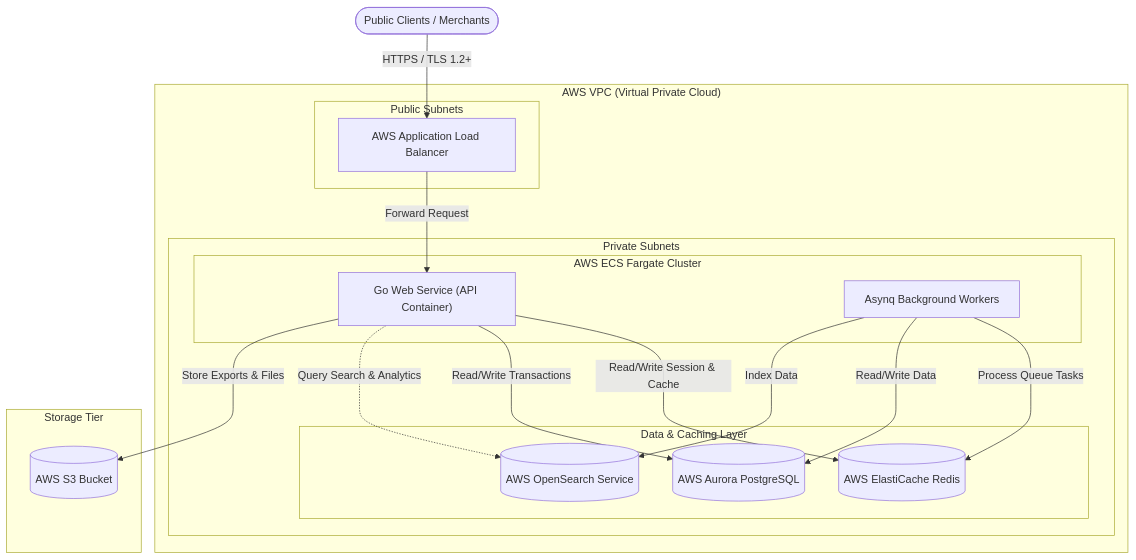
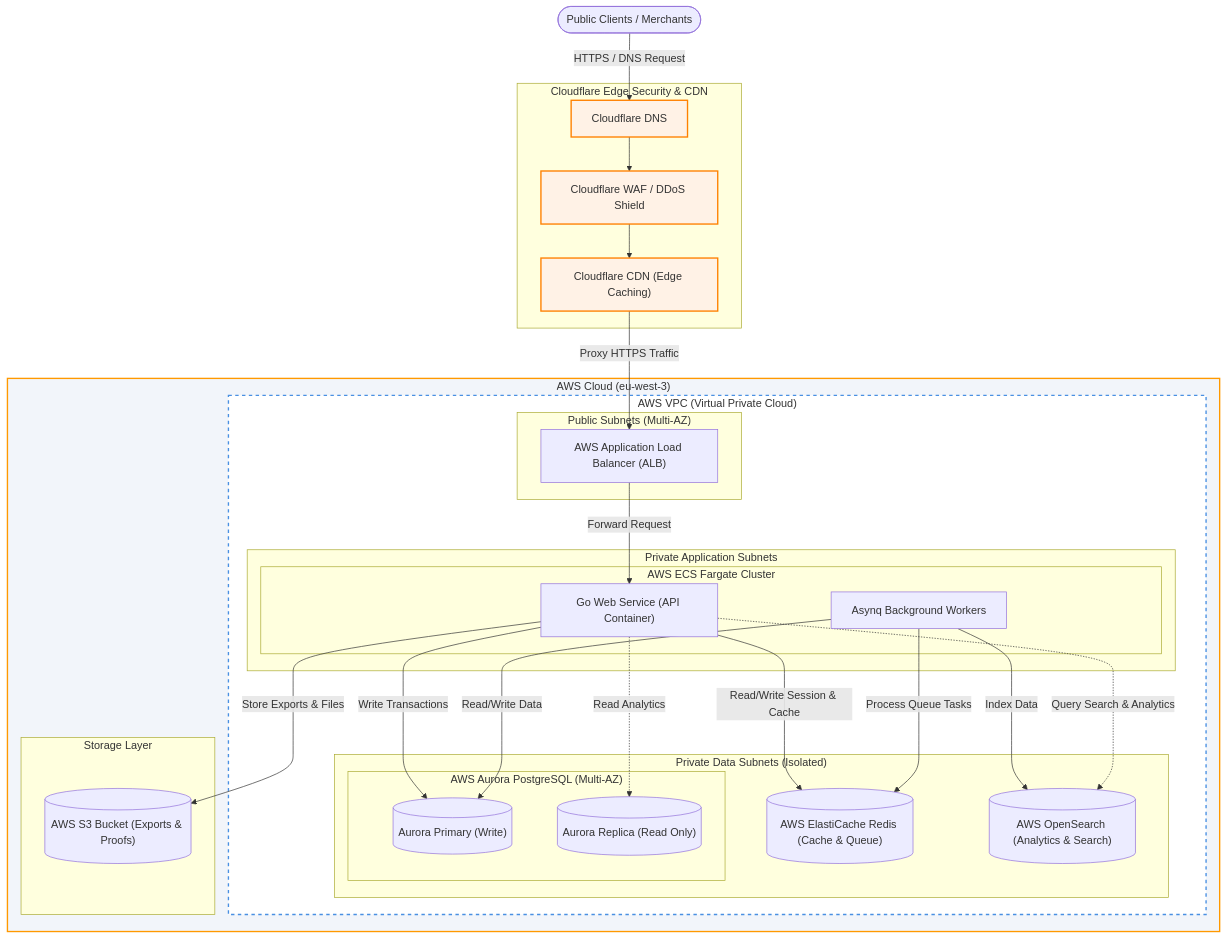
The first of 4 diagrams in profile/README.md (velyon-core/.github), drawn with Mermaid before and after one commit.

Commit message:
Ajout de Cloudflare Edge Security & CDN au schéma d'architecture AWS

````diff
--- a/profile/README.md
+++ b/profile/README.md
@@ -29,38 +29,68 @@
 ```mermaid
 graph TB
-    %% Nodes definition with international standards
-    Client([Public Clients / Merchants]) -->|HTTPS / TLS 1.2+| ALB[AWS Application Load Balancer]
+    %% Definitions
+    Client([Public Clients / Merchants])
     
-    subgraph VPC ["AWS VPC (Virtual Private Cloud)"]
-        subgraph Public_Subnets ["Public Subnets"]
-            ALB
+    subgraph Cloudflare_Edge ["Cloudflare Edge Security & CDN"]
+        CF_DNS["Cloudflare DNS"]
+        CF_WAF["Cloudflare WAF / DDoS Shield"]
+        CF_CDN["Cloudflare CDN (Edge Caching)"]
+    end
+
+    subgraph AWS_Cloud ["AWS Cloud (eu-west-3)"]
+        subgraph VPC ["AWS VPC (Virtual Private Cloud)"]
+            subgraph Public_Subnets ["Public Subnets (Multi-AZ)"]
+                ALB["AWS Application Load Balancer (ALB)"]
+            end
+            
+            subgraph Private_App_Subnets ["Private Application Subnets"]
+                subgraph ECS_Cluster ["AWS ECS Fargate Cluster"]
+                    Go_API["Go Web Service (API Container)"]
+                    Asynq_Worker["Asynq Background Workers"]
+                end
+            end
+            
+            subgraph Private_Data_Subnets ["Private Data Subnets (Isolated)"]
+                subgraph Aurora_Cluster ["AWS Aurora PostgreSQL (Multi-AZ)"]
+                    DB_Primary[("Aurora Primary (Write)")]
+                    DB_Replica[("Aurora Replica (Read Only)")]
+                end
+                
+                Redis[("AWS ElastiCache Redis (Cache & Queue)")]
+                OpenSearch[("AWS OpenSearch (Analytics & Search)")]
+            end
         end
         
-        subgraph Private_Subnets ["Private Subnets"]
-            subgraph ECS_Cluster ["AWS ECS Fargate Cluster"]
-                Go_API["Go Web Service (API Container)"]
-                Asynq_Worker["Asynq Background Workers"]
-            end
-            
-            subgraph Data_Tier ["Data & Caching Layer"]
-                Redis[(AWS ElastiCache Redis)]
-                PostgreSQL[(AWS Aurora PostgreSQL)]
-                OpenSearch[(AWS OpenSearch Service)]
-            end
+        subgraph Storage_Tier ["Storage Layer"]
+            S3[("AWS S3 Bucket (Exports & Proofs)")]
         end
-    end
-    
-    subgraph External_Storage ["Storage Tier"]
-        S3[(AWS S3 Bucket)]
     end
 
     %% Network flows
+    Client -->|HTTPS / DNS Request| CF_DNS
+    CF_DNS --> CF_WAF
+    CF_WAF --> CF_CDN
+    CF_CDN -->|Proxy HTTPS Traffic| ALB
+    
     ALB -->|Forward Request| Go_API
+    
+    %% Application dependencies
     Go_API -->|Read/Write Session & Cache| Redis
-    Go_API -->|Read/Write Transactions| PostgreSQL
+    Go_API -->|Write Transactions| DB_Primary
+    Go_API -.->|Read Analytics| DB_Replica
+    
     Asynq_Worker -->|Process Queue Tasks| Redis
-    Asynq_Worker -->|Read/Write Data| PostgreSQL
+    Asynq_Worker -->|Read/Write Data| DB_Primary
     Asynq_Worker -->|Index Data| OpenSearch
     Go_API -.->|Query Search & Analytics| OpenSearch
     Go_API -->|Store Exports & Files| S3
+    
+    %% Styling
+    classDef edgeStyle fill:#FFF2E6,stroke:#FF8000,stroke-width:2px;
+    classDef awsStyle fill:#F2F5FA,stroke:#FF9900,stroke-width:2px;
+    classDef vpcStyle fill:#FFF,stroke:#4A90E2,stroke-width:2px,stroke-dasharray: 5 5;
+    
+    class CF_DNS,CF_WAF,CF_CDN edgeStyle;
+    class AWS_Cloud awsStyle;
+    class VPC vpcStyle;
 ```
````
